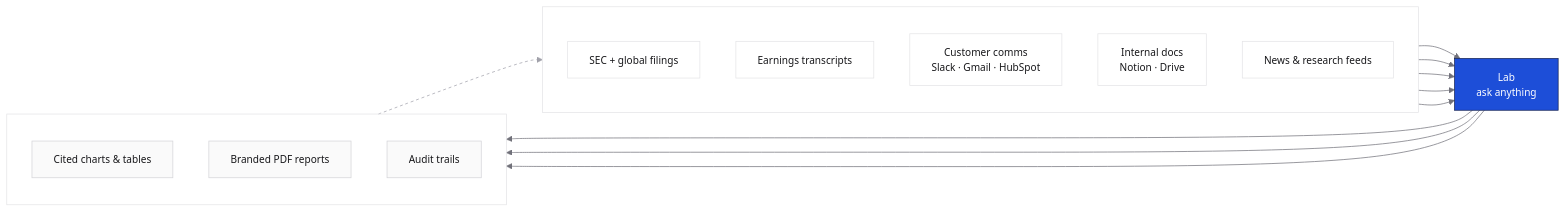
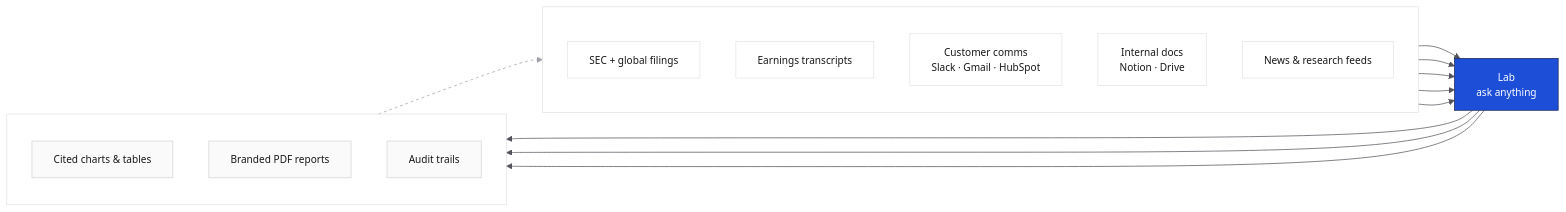
Before and after one commit to cf0-corp/docs: the diagram in introduction.mdx, drawn with Mermaid. The commit also changed 7 other files, not shown here.

First line of the commit message:
fix(mermaid): WCAG-AA contrast for all 8 diagrams on light mode

````diff
--- a/introduction.mdx
+++ b/introduction.mdx
@@ -11,54 +11,36 @@
 ```mermaid
-%%{init: {
-  "theme": "base",
-  "themeVariables": {
-    "primaryColor": "#1d4ed8",
-    "primaryTextColor": "#ffffff",
-    "primaryBorderColor": "#172554",
-    "secondaryColor": "#ffffff",
-    "tertiaryColor": "#fafafa",
-    "lineColor": "#71717a",
-    "textColor": "#52525b",
-    "mainBkg": "#1d4ed8",
-    "secondBkg": "#ffffff",
-    "clusterBkg": "transparent",
-    "clusterBorder": "#e4e4e7",
-    "edgeLabelBackground": "transparent",
-    "fontFamily": "Inter Tight, -apple-system, sans-serif",
-    "fontSize": "14px"
-  }
-}}%%
+%%{init: {"theme": "base", "themeVariables": {"primaryColor": "#1d4ed8", "primaryTextColor": "#ffffff", "primaryBorderColor": "#172554", "secondaryColor": "#ffffff", "tertiaryColor": "#fafafa", "lineColor": "#52525b", "textColor": "#18181b", "mainBkg": "#1d4ed8", "secondBkg": "#ffffff", "clusterBkg": "transparent", "clusterBorder": "#e4e4e7", "edgeLabelBackground": "#ffffff", "labelTextColor": "#18181b", "actorBkg": "#1d4ed8", "actorBorder": "#172554", "actorTextColor": "#ffffff", "actorLineColor": "#52525b", "signalColor": "#52525b", "signalTextColor": "#18181b", "labelBoxBkgColor": "#1d4ed8", "labelBoxBorderColor": "#172554", "noteBkgColor": "#fafafa", "noteTextColor": "#18181b", "noteBorderColor": "#e4e4e7", "messageTextColor": "#18181b", "sequenceNumberColor": "#ffffff", "fontFamily": "Inter Tight, -apple-system, sans-serif", "fontSize": "14px"}}}%%
 graph LR
   subgraph sources [" "]
     direction TB
     A1["SEC + global filings"]
     A2["Earnings transcripts"]
     A3["Customer comms<br/>Slack · Gmail · HubSpot"]
     A4["Internal docs<br/>Notion · Drive"]
     A5["News & research feeds"]
   end
   subgraph outputs [" "]
     direction TB
     O1["Cited charts & tables"]
     O2["Branded PDF reports"]
     O3["Audit trails"]
   end
   L["Lab<br/>ask anything"]
   A1 --> L
   A2 --> L
   A3 --> L
   A4 --> L
   A5 --> L
   L --> O1
   L --> O2
   L --> O3
   O1 -.-> A1
 
   classDef source fill:#ffffff,stroke:#e4e4e7,stroke-width:1px,color:#18181b
   classDef layer fill:#1d4ed8,stroke:#172554,stroke-width:1px,color:#ffffff
   classDef output fill:#fafafa,stroke:#d4d4d8,stroke-width:1px,color:#18181b
   class A1,A2,A3,A4,A5 source
   class L layer
   class O1,O2,O3 output
   linkStyle 8 stroke:#a1a1aa,stroke-dasharray:4 4
 ```
````
